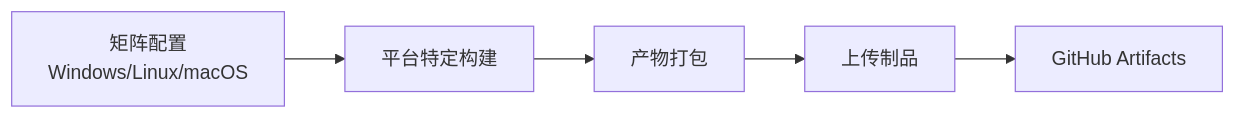
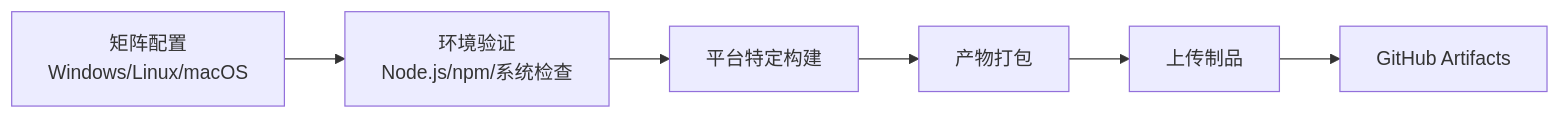
One commit to sofate798/KodrixCode changed the fourth of 10 diagrams in .qoder/repowiki/zh/content/构建与部署/持续集成.md. Above: the diagram before and after it, drawn with Mermaid. The commit also changed other lines of this file and 12 other files, not shown here.

````diff
--- a/.qoder/repowiki/zh/content/构建与部署/持续集成.md
+++ b/.qoder/repowiki/zh/content/构建与部署/持续集成.md
@@ -161,7 +167,8 @@
 ```mermaid
 graph LR
-Matrix["矩阵配置<br/>Windows/Linux/macOS"] --> Build["平台特定构建"]
+Matrix["矩阵配置<br/>Windows/Linux/macOS"] --> EnvCheck["环境验证<br/>Node.js/npm/系统检查"]
+EnvCheck --> Build["平台特定构建"]
 Build --> Pack["产物打包"]
 Pack --> Upload["上传制品"]
 Upload --> Artifacts["GitHub Artifacts"]
 ```
````
